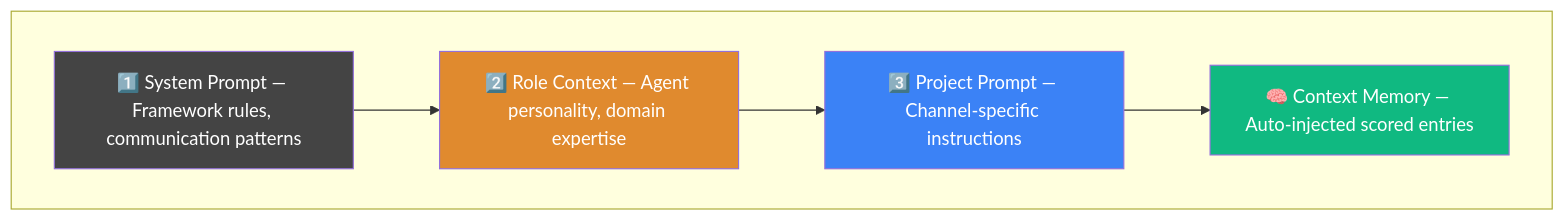
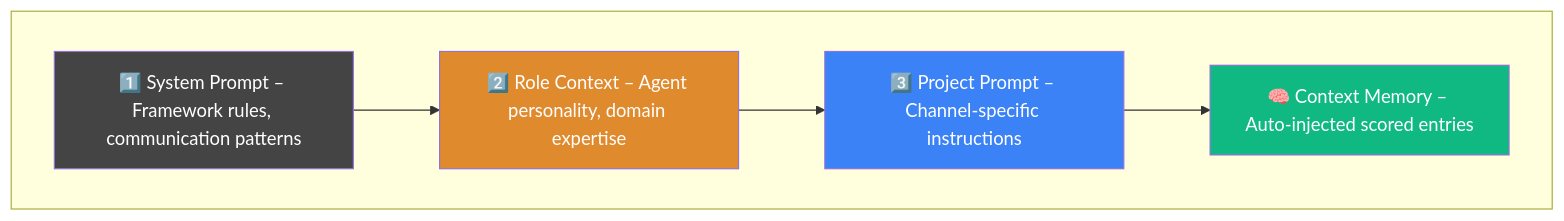
Before and after one commit to SirIle/sirile.github.io: the second of 2 diagrams in content/posts/2026-03-02-agent-team-what-happens-when-ai-agents-work-together.md, drawn with Mermaid. The commit also changed other lines of this file and 1 other file, not shown here.

```diff
--- a/content/posts/2026-03-02-agent-team-what-happens-when-ai-agents-work-together.md
+++ b/content/posts/2026-03-02-agent-team-what-happens-when-ai-agents-work-together.md
@@ -67,14 +67,14 @@
 <div class="mermaid">
 graph TB
     subgraph " "
-        L1["1️⃣ System Prompt — Framework rules, communication patterns"]
-        L2["2️⃣ Role Context — Agent personality, domain expertise"]
-        L3["3️⃣ Project Prompt — Channel-specific instructions"]
-        M["🧠 Context Memory — Auto-injected scored entries"]
+        L1["1️⃣ System Prompt – Framework rules, communication patterns"]
+        L2["2️⃣ Role Context – Agent personality, domain expertise"]
+        L3["3️⃣ Project Prompt – Channel-specific instructions"]
+        M["🧠 Context Memory – Auto-injected scored entries"]
         L1 --> L2 --> L3 --> M
     end
     style L1 fill:#444,color:#fff
     style L2 fill:#e08a2e,color:#fff
     style L3 fill:#3B82F6,color:#fff
     style M fill:#10B981,color:#fff
 </div>
```
